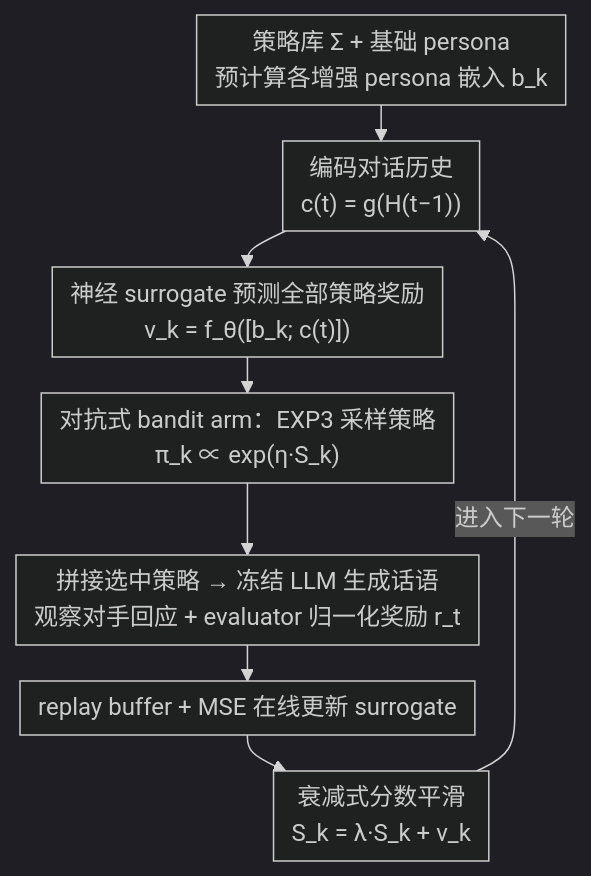
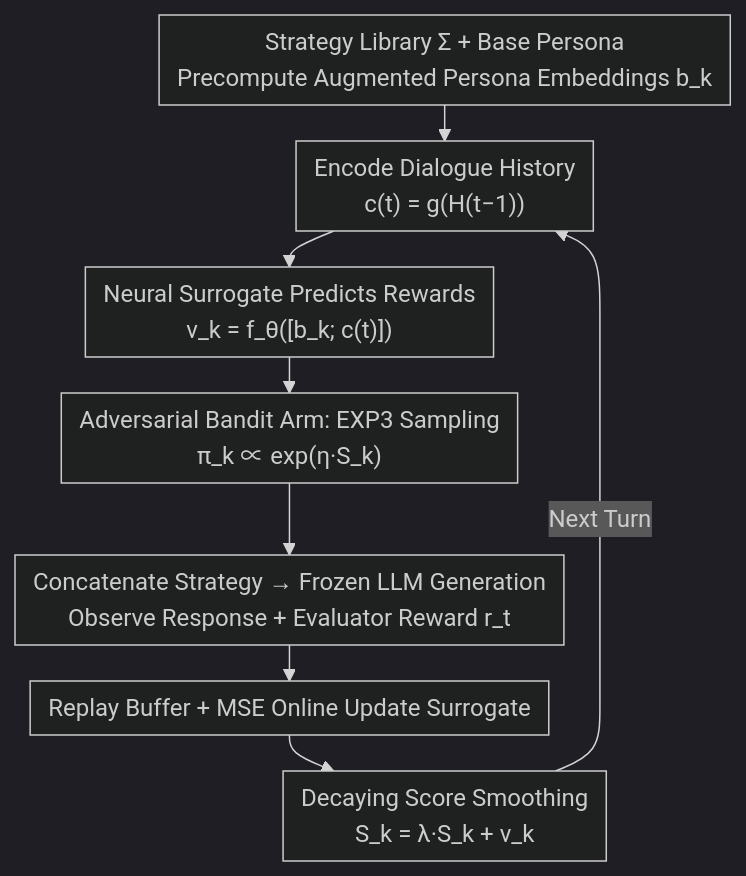
One commit to zhaoyang97/Paper-Notes-en changed the diagram in docs/ICML2026/reinforcement_learning/also_adversarial_online_strategy_optimization_for_social_agents.md. Above: the diagram before and after it, drawn with Mermaid (dark theme). The commit also changed other lines of this file and 5084 other files, not shown here.

````diff
--- a/docs/ICML2026/reinforcement_learning/also_adversarial_online_strategy_optimization_for_social_agents.md
+++ b/docs/ICML2026/reinforcement_learning/also_adversarial_online_strategy_optimization_for_social_agents.md
@@ -45,11 +45,11 @@
 ```mermaid
 %%{init: {'flowchart': {'rankSpacing': 24, 'nodeSpacing': 28, 'padding': 6, 'wrappingWidth': 400}}}%%
 flowchart TD
-    A["策略库 Σ + 基础 persona<br/>预计算各增强 persona 嵌入 b_k"] --> B["编码对话历史<br/>c(t) = g(H(t−1))"]
-    B --> C["神经 surrogate 预测全部策略奖励<br/>v_k = f_θ([b_k; c(t)])"]
-    C --> D["对抗式 bandit arm：EXP3 采样策略<br/>π_k ∝ exp(η·S_k)"]
-    D --> E["拼接选中策略 → 冻结 LLM 生成话语<br/>观察对手回应 + evaluator 归一化奖励 r_t"]
-    E --> F["replay buffer + MSE 在线更新 surrogate"]
-    F --> G["衰减式分数平滑<br/>S_k = λ·S_k + v_k"]
-    G -->|进入下一轮| B
+    A["Strategy Library Σ + Base Persona<br/>Precompute Augmented Persona Embeddings b_k"] --> B["Encode Dialogue History<br/>c(t) = g(H(t−1))"]
+    B --> C["Neural Surrogate Predicts Rewards<br/>v_k = f_θ([b_k; c(t)])"]
+    C --> D["Adversarial Bandit Arm: EXP3 Sampling<br/>π_k ∝ exp(η·S_k)"]
+    D --> E["Concatenate Strategy → Frozen LLM Generation<br/>Observe Response + Evaluator Reward r_t"]
+    E --> F["Replay Buffer + MSE Online Update Surrogate"]
+    F --> G["Decaying Score Smoothing<br/>S_k = λ·S_k + v_k"]
+    G -->|Next Turn| B
 ```
````
